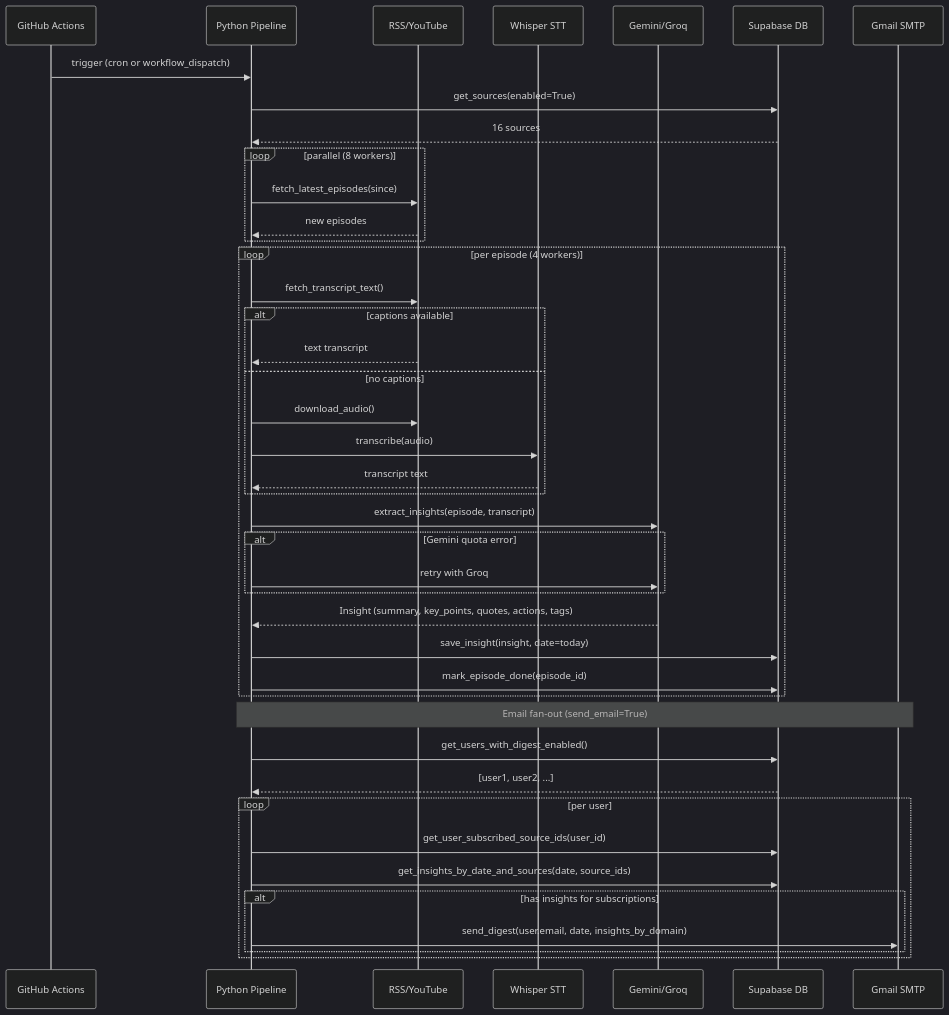
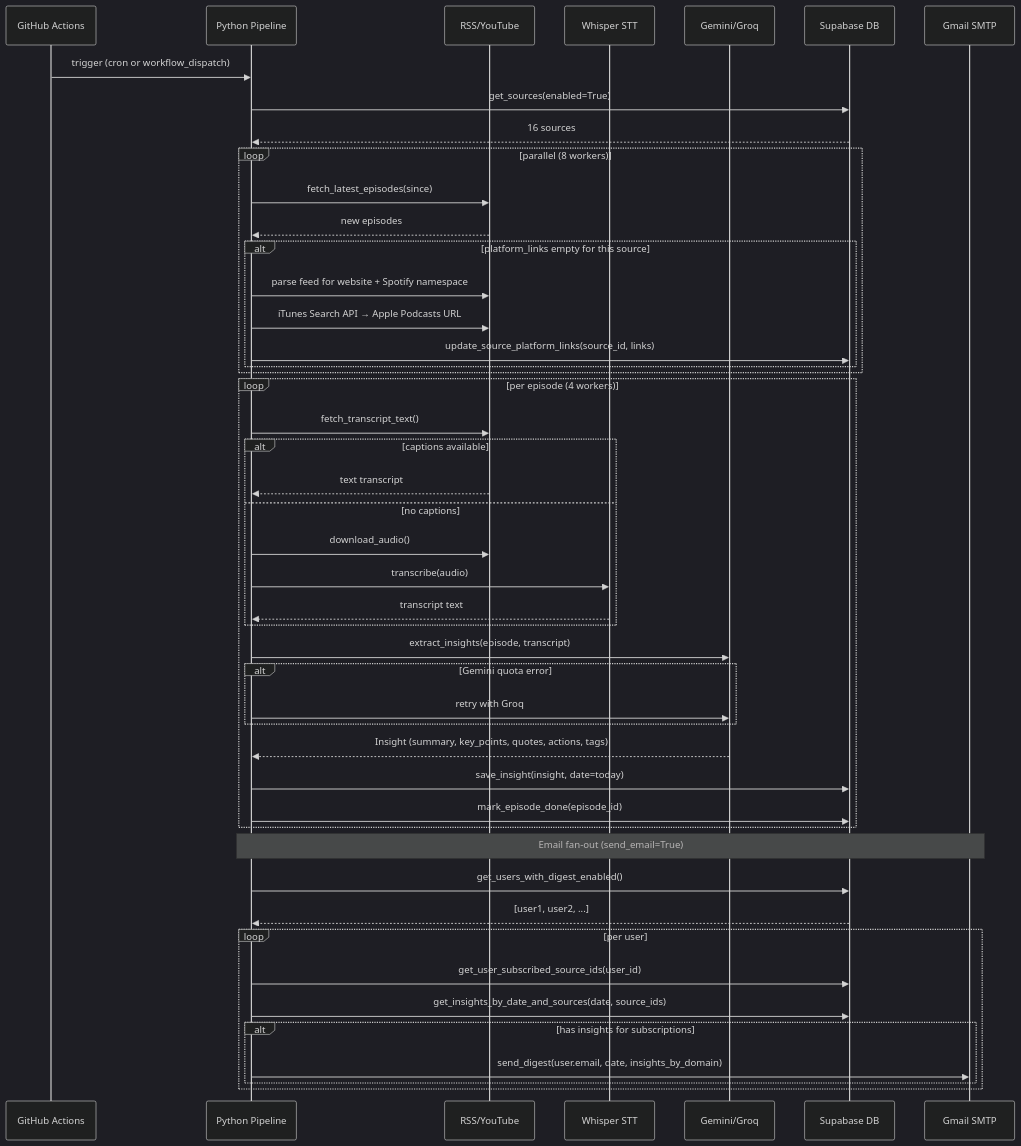
One commit to vtghub/PodcastsSummarizer changed the first of 12 diagrams in docs/request-workflow.md. Above: the diagram before and after it, drawn with Mermaid (dark theme). The commit also changed 2 other files, not shown here.

Commit message:
docs: update architecture and workflow diagrams post-PR #50

````diff
--- a/docs/request-workflow.md
+++ b/docs/request-workflow.md
@@ -5,48 +5,53 @@
 ```mermaid
 sequenceDiagram
     participant GH as GitHub Actions
     participant PY as Python Pipeline
     participant RSS as RSS/YouTube
     participant W as Whisper STT
     participant LLM as Gemini/Groq
     participant DB as Supabase DB
     participant MAIL as Gmail SMTP
 
     GH->>PY: trigger (cron or workflow_dispatch)
     PY->>DB: get_sources(enabled=True)
     DB-->>PY: 16 sources
 
     loop parallel (8 workers)
         PY->>RSS: fetch_latest_episodes(since)
         RSS-->>PY: new episodes
+        alt platform_links empty for this source
+            PY->>RSS: parse feed for website + Spotify namespace
+            PY->>RSS: iTunes Search API → Apple Podcasts URL
+            PY->>DB: update_source_platform_links(source_id, links)
+        end
     end
 
     loop per episode (4 workers)
         PY->>RSS: fetch_transcript_text()
         alt captions available
             RSS-->>PY: text transcript
         else no captions
             PY->>RSS: download_audio()
             PY->>W: transcribe(audio)
             W-->>PY: transcript text
         end
         PY->>LLM: extract_insights(episode, transcript)
         alt Gemini quota error
             PY->>LLM: retry with Groq
         end
         LLM-->>PY: Insight (summary, key_points, quotes, actions, tags)
         PY->>DB: save_insight(insight, date=today)
         PY->>DB: mark_episode_done(episode_id)
     end
 
     Note over PY,MAIL: Email fan-out (send_email=True)
     PY->>DB: get_users_with_digest_enabled()
     DB-->>PY: [user1, user2, ...]
     loop per user
         PY->>DB: get_user_subscribed_source_ids(user_id)
         PY->>DB: get_insights_by_date_and_sources(date, source_ids)
         alt has insights for subscriptions
             PY->>MAIL: send_digest(user.email, date, insights_by_domain)
         end
     end
 ```
````
